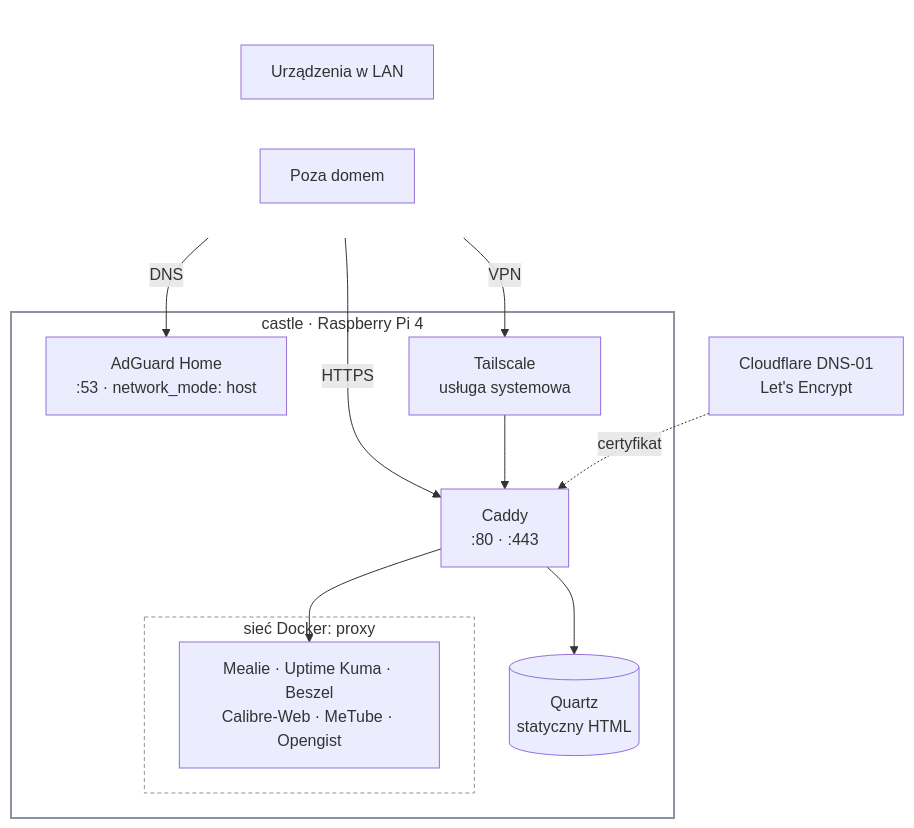
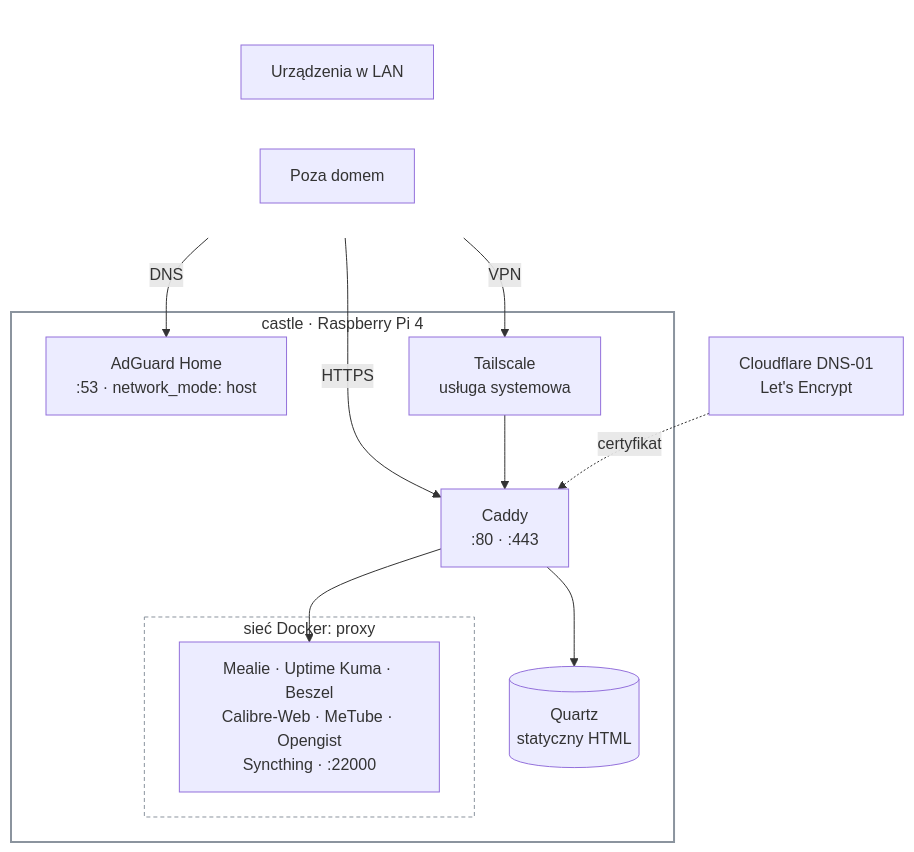
The diagram in README.md (figielak/homelab), drawn with Mermaid before and after one commit. The commit also changed other lines of this file and 6 other files, not shown here.

````diff
--- a/README.md
+++ b/README.md
@@ -19,29 +19,29 @@
 ```mermaid
 flowchart TB
     subgraph clients[" "]
         direction LR
         lan["Urządzenia w LAN"]
         remote["Poza domem"]
     end
     cf["Cloudflare DNS-01<br/>Let's Encrypt"]
 
     subgraph castle["castle · Raspberry Pi 4"]
         adguard["AdGuard Home<br/>:53 · network_mode: host"]
         tailscale["Tailscale<br/>usługa systemowa"]
         caddy["Caddy<br/>:80 · :443"]
         quartz[("Quartz<br/>statyczny HTML")]
         subgraph proxy["sieć Docker: proxy"]
-            apps["Mealie · Uptime Kuma · Beszel<br/>Calibre-Web · MeTube · Opengist"]
+            apps["Mealie · Uptime Kuma · Beszel<br/>Calibre-Web · MeTube · Opengist<br/>Syncthing · :22000"]
         end
     end
 
     lan -- "DNS" --> adguard
     lan -- "HTTPS" --> caddy
     remote -- "VPN" --> tailscale --> caddy
     cf -. "certyfikat" .-> caddy
     caddy --> apps
     caddy --> quartz
     style clients fill:none,stroke:none
     style castle fill:none,stroke:#8b949e,stroke-width:2px
     style proxy fill:none,stroke:#8b949e,stroke-dasharray:4 3
 ```
````
